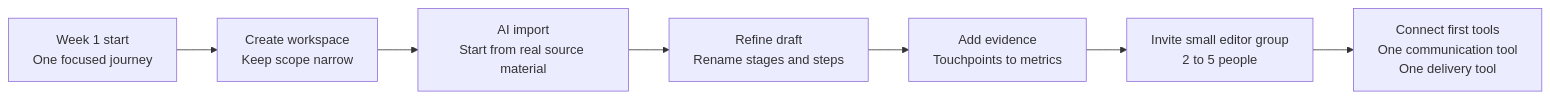
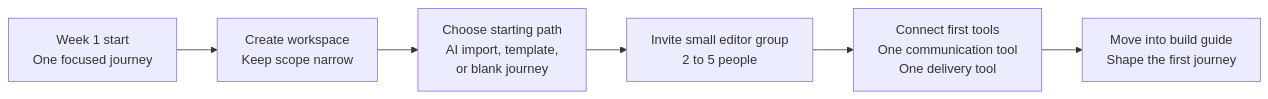
The diagram in quickstart.mdx (usecustory/docs), drawn with Mermaid before and after one commit. The commit also changed other lines of this file and 15 other files, not shown here.

````diff
--- a/quickstart.mdx
+++ b/quickstart.mdx
@@ -37,9 +37,8 @@
 ```mermaid
 flowchart LR
     A["Week 1 start<br/>One focused journey"] --> B["Create workspace<br/>Keep scope narrow"]
-    B --> C["AI import<br/>Start from real source material"]
-    C --> D["Refine draft<br/>Rename stages and steps"]
-    D --> E["Add evidence<br/>Touchpoints to metrics"]
-    E --> F["Invite small editor group<br/>2 to 5 people"]
-    F --> G["Connect first tools<br/>One communication tool<br/>One delivery tool"]
+    B --> C["Choose starting path<br/>AI import, template,<br/>or blank journey"]
+    C --> D["Invite small editor group<br/>2 to 5 people"]
+    D --> E["Connect first tools<br/>One communication tool<br/>One delivery tool"]
+    E --> F["Move into build guide<br/>Shape the first journey"]
 ```
````
